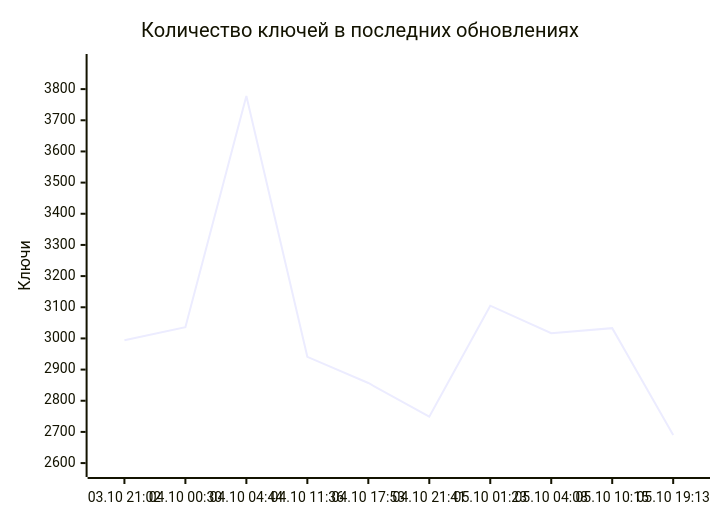
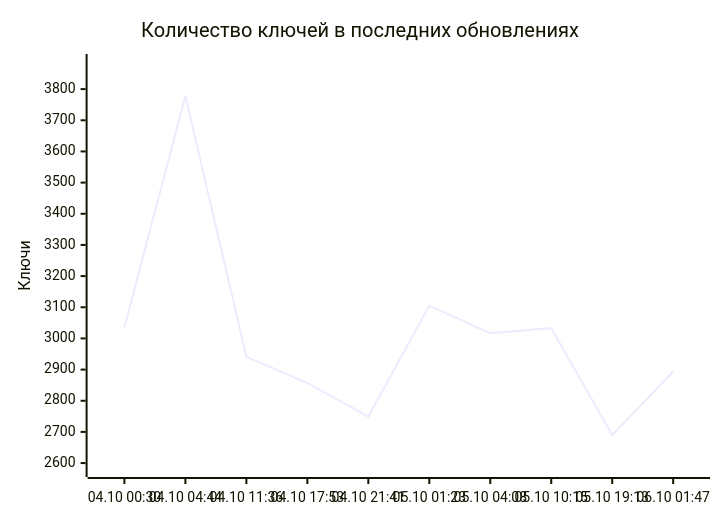
One commit to markKikhtenko/WireVeil changed the diagram in README.md. Above: the diagram before and after it, drawn with Mermaid. The commit also changed other lines of this file and 13 other files, not shown here.

````diff
--- a/README.md
+++ b/README.md
@@ -55,7 +55,7 @@
 ```mermaid
 xychart-beta
     title "Количество ключей в последних обновлениях"
-    x-axis ["03.10 21:02", "04.10 00:30", "04.10 04:44", "04.10 11:36", "04.10 17:53", "04.10 21:41", "05.10 01:23", "05.10 04:08", "05.10 10:15", "05.10 19:13"]
+    x-axis ["04.10 00:30", "04.10 04:44", "04.10 11:36", "04.10 17:53", "04.10 21:41", "05.10 01:23", "05.10 04:08", "05.10 10:15", "05.10 19:13", "06.10 01:47"]
     y-axis "Ключи" 2581 --> 3887
-    line [2994, 3036, 3778, 2941, 2857, 2749, 3105, 3017, 3033, 2690]
+    line [3036, 3778, 2941, 2857, 2749, 3105, 3017, 3033, 2690, 2894]
 ```
````
